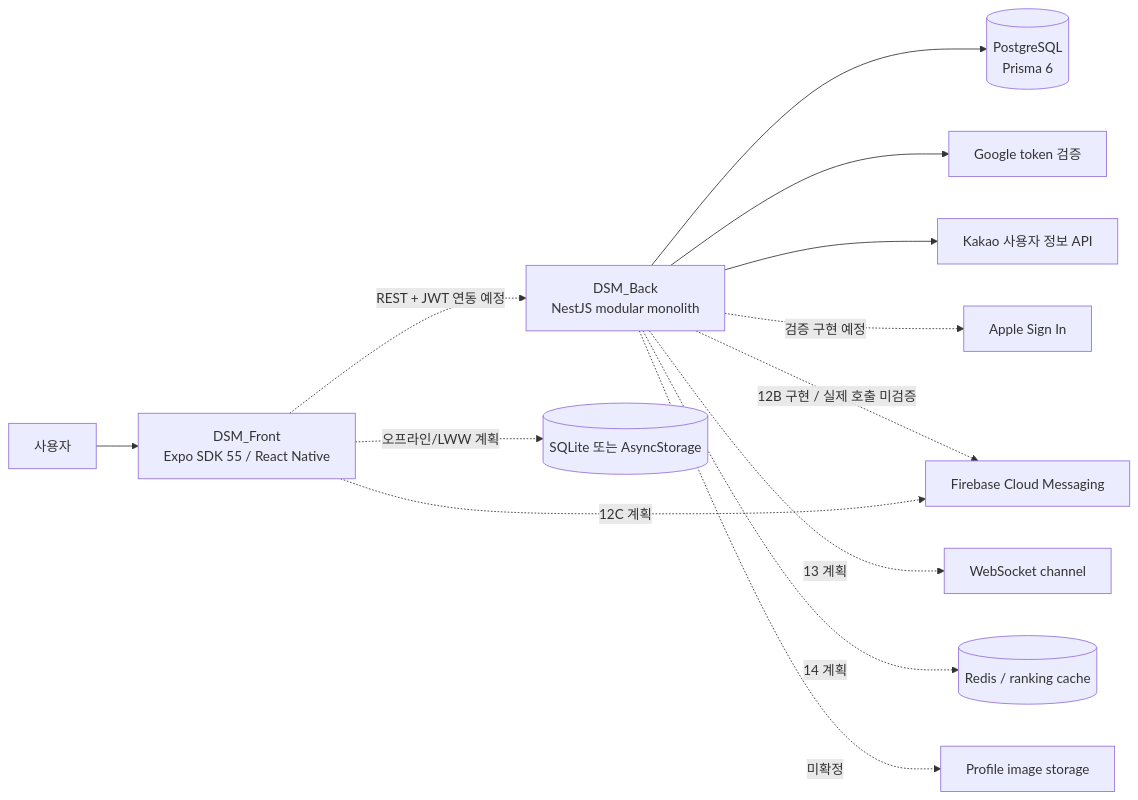
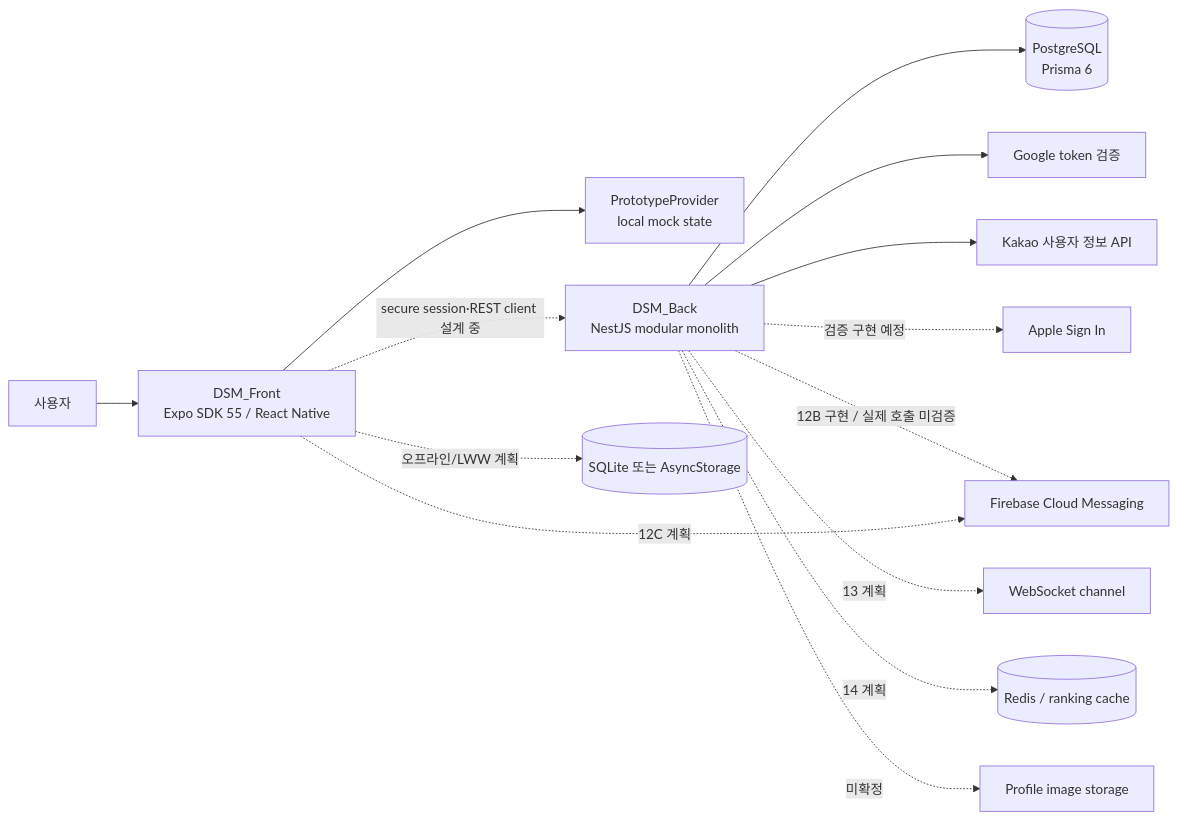
Before and after one commit to LeeHYn/DSM: the first of 7 diagrams in .ai/docs/2026-07-15-current-project-architecture.md, drawn with Mermaid. The commit also changed other lines of this file and 6 other files, not shown here.

````diff
--- a/.ai/docs/2026-07-15-current-project-architecture.md
+++ b/.ai/docs/2026-07-15-current-project-architecture.md
@@ -74,19 +76,20 @@
 ```mermaid
 flowchart LR
     U["사용자"] --> F["DSM_Front<br/>Expo SDK 55 / React Native"]
 
-    F -. "REST + JWT 연동 예정" .-> B["DSM_Back<br/>NestJS modular monolith"]
+    F --> PM["PrototypeProvider<br/>local mock state"]
+    F -. "secure session·REST client 설계 중" .-> B["DSM_Back<br/>NestJS modular monolith"]
     B --> P[("PostgreSQL<br/>Prisma 6")]
 
     B --> G["Google token 검증"]
     B --> K["Kakao 사용자 정보 API"]
     B -. "검증 구현 예정" .-> A["Apple Sign In"]
 
     B -. "12B 구현 / 실제 호출 미검증" .-> FCM["Firebase Cloud Messaging"]
     B -. "13 계획" .-> WS["WebSocket channel"]
     B -. "14 계획" .-> R[("Redis / ranking cache")]
     B -. "미확정" .-> S["Profile image storage"]
 
     F -. "12C 계획" .-> FCM
     F -. "오프라인/LWW 계획" .-> L[("SQLite 또는 AsyncStorage")]
 ```
````
